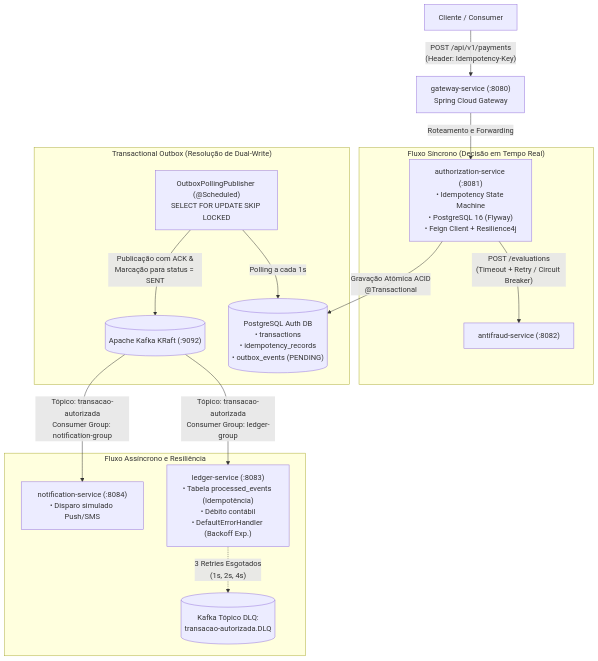
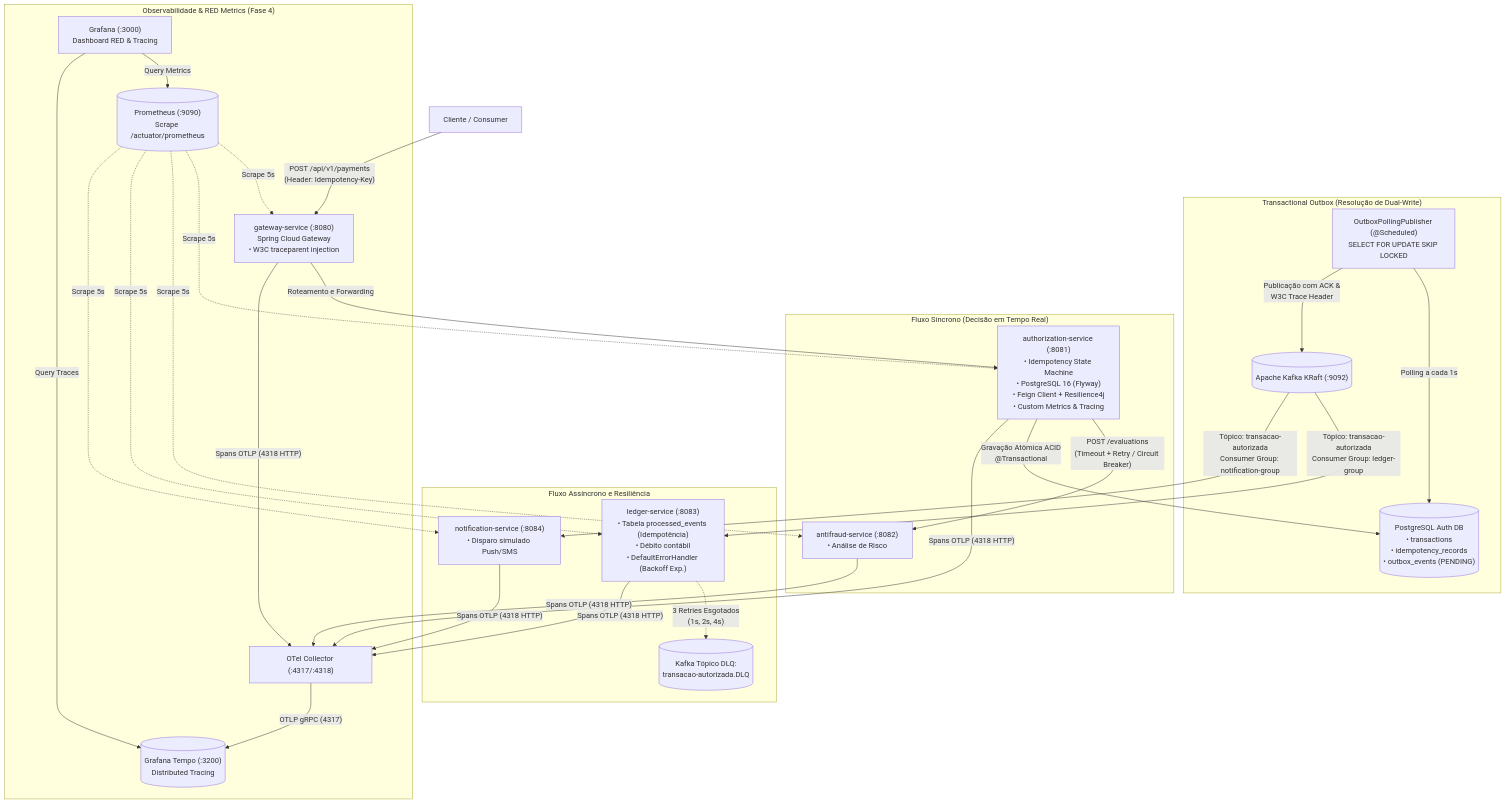
One commit to Guimathis/payments-authorization-system changed the diagram in README.md. Above: the diagram before and after it, drawn with Mermaid. The commit also changed other lines of this file and 26 other files, not shown here.

Commit message:
feat: implement phase 4 observability with opentelemetry, tempo, prometheus, and grafana

````diff
--- a/README.md
+++ b/README.md
@@ -21,23 +24,31 @@
 ```mermaid
 flowchart TD
-    Client["Cliente / Consumer"] -->|"POST /api/v1/payments<br/>(Header: Idempotency-Key)"| Gateway["gateway-service (:8080)<br/>Spring Cloud Gateway"]
+    Client["Cliente / Consumer"] -->|"POST /api/v1/payments<br/>(Header: Idempotency-Key)"| Gateway["gateway-service (:8080)<br/>Spring Cloud Gateway<br/>• W3C traceparent injection"]
     
-    Gateway -->|"Roteamento e Forwarding"| Auth["authorization-service (:8081)<br/>• Idempotency State Machine<br/>• PostgreSQL 16 (Flyway)<br/>• Feign Client + Resilience4j"]
+    Gateway -->|"Roteamento e Forwarding"| Auth["authorization-service (:8081)<br/>• Idempotency State Machine<br/>• PostgreSQL 16 (Flyway)<br/>• Feign Client + Resilience4j<br/>• Custom Metrics & Tracing"]
 
     subgraph Sincrono ["Fluxo Síncrono (Decisão em Tempo Real)"]
-        Auth -->|"POST /evaluations<br/>(Timeout + Retry / Circuit Breaker)"| Antifraud["antifraud-service (:8082)"]
+        Auth -->|"POST /evaluations<br/>(Timeout + Retry / Circuit Breaker)"| Antifraud["antifraud-service (:8082)<br/>• Análise de Risco"]
     end
 
     subgraph OutboxPattern ["Transactional Outbox (Resolução de Dual-Write)"]
         Auth -->|"Gravação Atômica ACID<br/>@Transactional"| DBAuth[("PostgreSQL Auth DB<br/>• transactions<br/>• idempotency_records<br/>• outbox_events (PENDING)")]
         OutboxPoller["OutboxPollingPublisher (@Scheduled)<br/>SELECT FOR UPDATE SKIP LOCKED"] -->|"Polling a cada 1s"| DBAuth
-        OutboxPoller -->|"Publicação com ACK &<br/>Marcação para status = SENT"| Kafka[("Apache Kafka KRaft (:9092)")]
+        OutboxPoller -->|"Publicação com ACK &<br/>W3C Trace Header"| Kafka[("Apache Kafka KRaft (:9092)")]
     end
 
     subgraph Assincrono ["Fluxo Assíncrono e Resiliência"]
         Kafka -->|"Tópico: transacao-autorizada<br/>Consumer Group: ledger-group"| Ledger["ledger-service (:8083)<br/>• Tabela processed_events (Idempotência)<br/>• Débito contábil<br/>• DefaultErrorHandler (Backoff Exp.)"]
         Kafka -->|"Tópico: transacao-autorizada<br/>Consumer Group: notification-group"| Notification["notification-service (:8084)<br/>• Disparo simulado Push/SMS"]
         
         Ledger -.->|"3 Retries Esgotados<br/>(1s, 2s, 4s)"| DLQ[("Kafka Tópico DLQ:<br/>transacao-autorizada.DLQ")]
     end
+
+    subgraph Observabilidade ["Observabilidade & RED Metrics (Fase 4)"]
+        Gateway & Auth & Antifraud & Ledger & Notification -->|"Spans OTLP (4318 HTTP)"| OTelCol["OTel Collector (:4317/:4318)"]
+        OTelCol -->|"OTLP gRPC (4317)"| Tempo[("Grafana Tempo (:3200)<br/>Distributed Tracing")]
+        Prometheus[("Prometheus (:9090)<br/>Scrape /actuator/prometheus")] -.->|"Scrape 5s"| Gateway & Auth & Antifraud & Ledger & Notification
+        Grafana["Grafana (:3000)<br/>Dashboard RED & Tracing"] -->|"Query Metrics"| Prometheus
+        Grafana -->|"Query Traces"| Tempo
+    end
 ```
````
